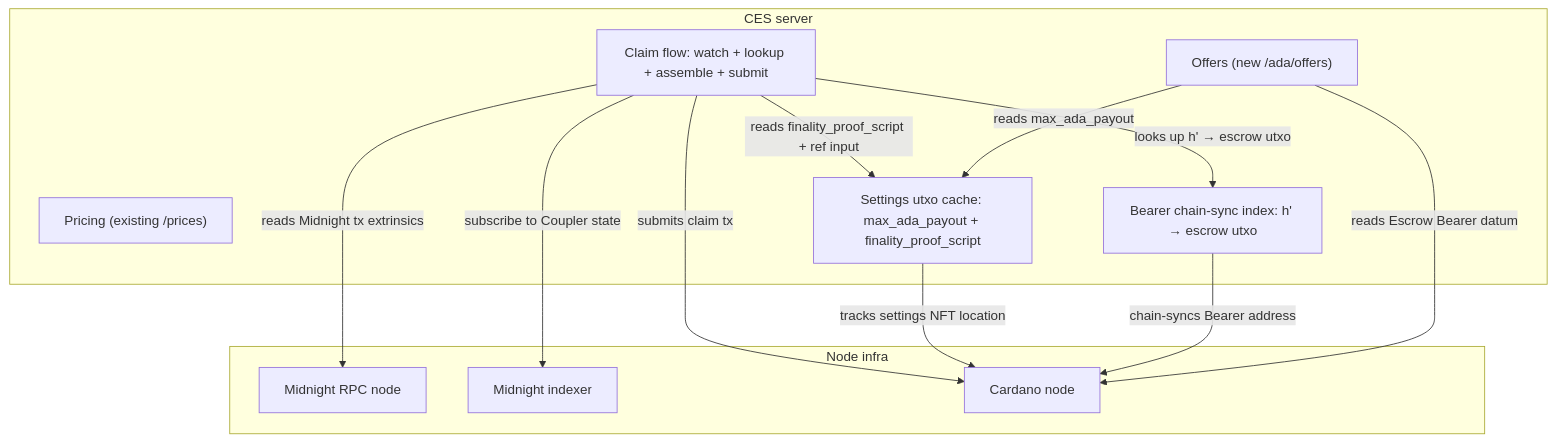
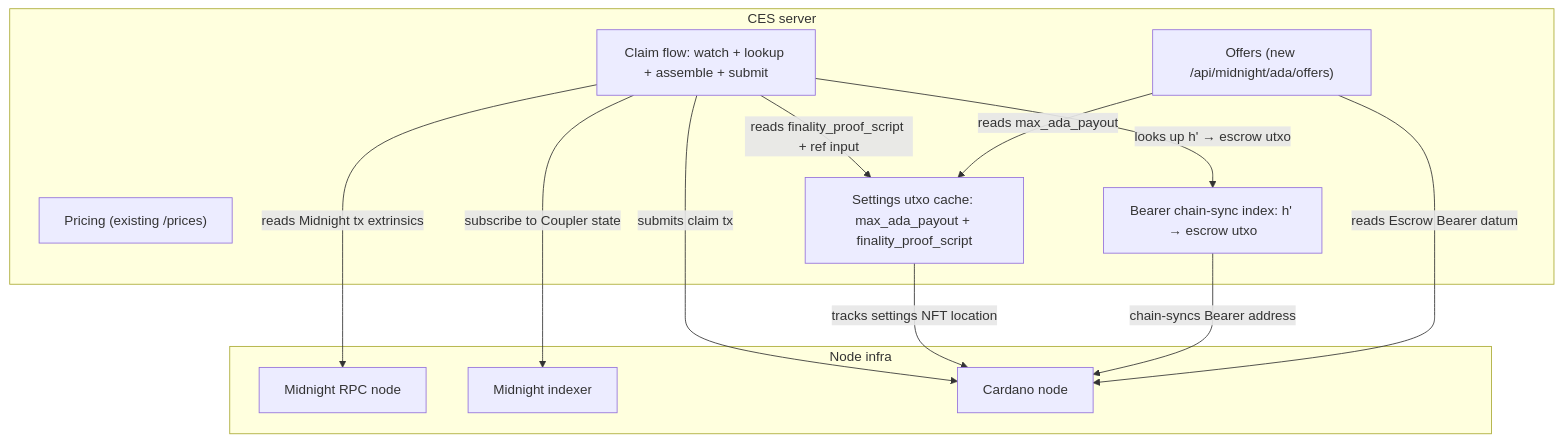
Before and after one commit to SundaeSwap-finance/capacity-exchange: the first of 2 diagrams in packages/bridgeless-claim/docs/LP_INFRA.md, drawn with Mermaid. The commit also changed other lines of this file and 145 other files, not shown here.

````diff
--- a/packages/bridgeless-claim/docs/LP_INFRA.md
+++ b/packages/bridgeless-claim/docs/LP_INFRA.md
@@ -21,27 +21,27 @@
 ```mermaid
 flowchart TB
     subgraph LP_server["CES server"]
         Pricing["Pricing (existing /prices)"]
-        AdaOffers["Offers (new /ada/offers)"]
+        AdaOffers["Offers (new /api/midnight/ada/offers)"]
         Index["Bearer chain-sync index: h' → escrow utxo"]
         Settings["Settings utxo cache: max_ada_payout + finality_proof_script"]
         Claim["Claim flow: watch + lookup + assemble + submit"]
     end
 
     subgraph nodes["Node infra"]
         MidnightRPC["Midnight RPC node"]
         MidnightIndexer["Midnight indexer"]
         CardanoRPC["Cardano node"]
     end
 
 
     AdaOffers -->|reads Escrow Bearer datum| CardanoRPC
     AdaOffers -->|reads max_ada_payout| Settings
     Index -->|chain-syncs Bearer address| CardanoRPC
     Settings -->|tracks settings NFT location| CardanoRPC
     Claim -->|subscribe to Coupler state| MidnightIndexer
     Claim -->|looks up h' → escrow utxo| Index
     Claim -->|reads finality_proof_script + ref input| Settings
     Claim -->|reads Midnight tx extrinsics| MidnightRPC
     Claim -->|submits claim tx| CardanoRPC
 ```
````
